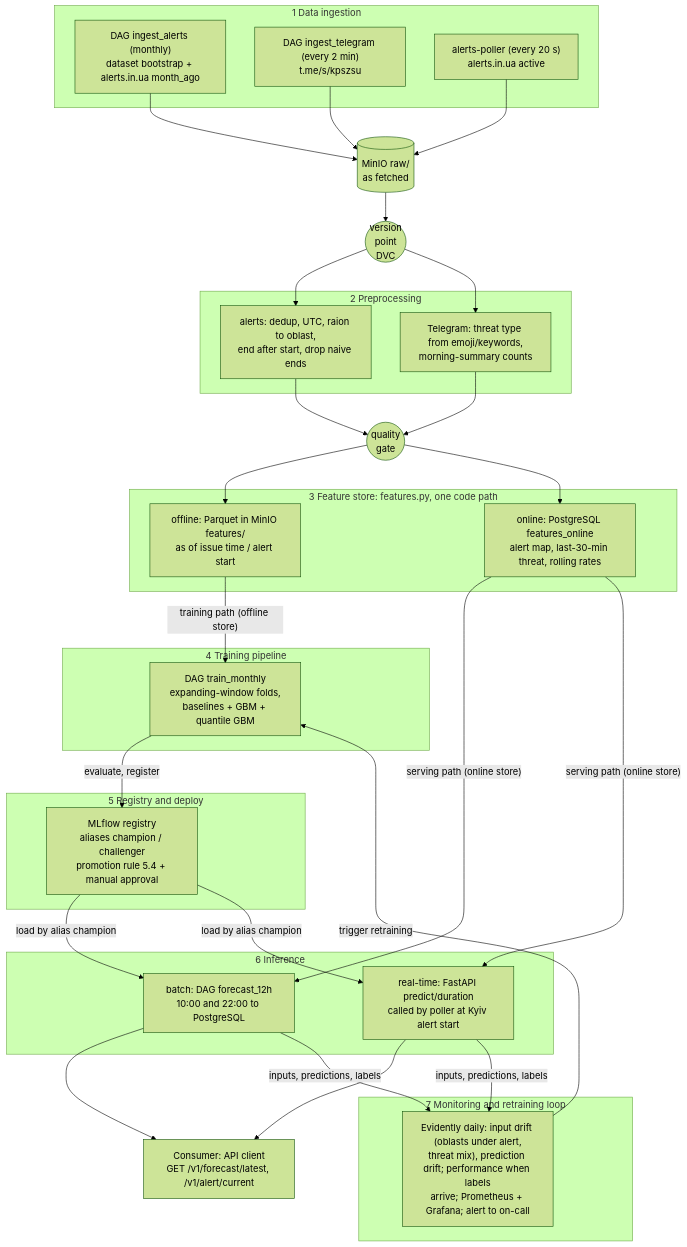
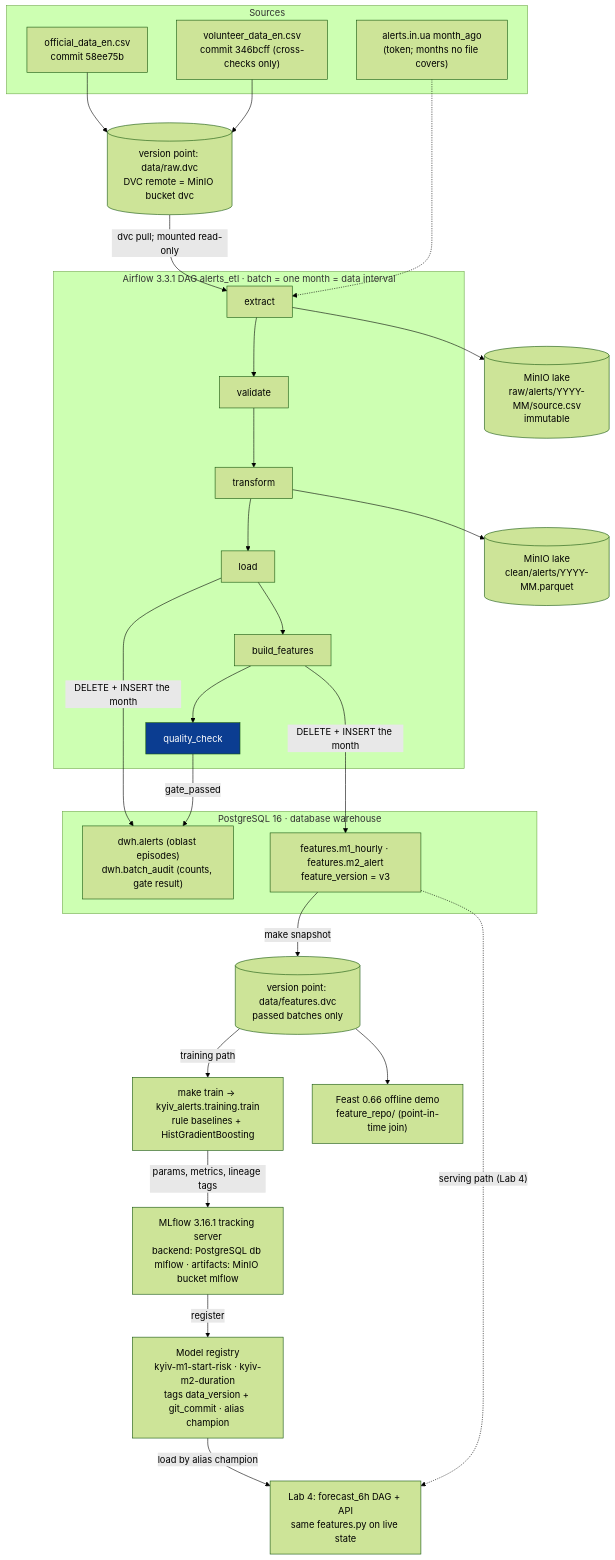
One commit to kvitoslava-yarish/mlops-2026 changed the second of 4 diagrams in docs/design.md. Above: the diagram before and after it, drawn with Mermaid (forest theme). The commit also changed other lines of this file and 60 other files, not shown here.

````diff
--- a/docs/design.md
+++ b/docs/design.md
@@ -245,54 +308,43 @@
 ```mermaid
 flowchart TB
-    subgraph L1["1 Data ingestion"]
-        i1["DAG ingest_alerts (monthly)<br/>dataset bootstrap + alerts.in.ua month_ago"]
-        i2["DAG ingest_telegram (every 2 min)<br/>t.me/s/kpszsu"]
-        i3["alerts-poller (every 20 s)<br/>alerts.in.ua active"]
+    subgraph SRC["Sources"]
+        off["official_data_en.csv<br/>commit 58ee75b"]
+        vol["volunteer_data_en.csv<br/>commit 346bcff (cross-checks only)"]
+        api["alerts.in.ua month_ago<br/>(token; months no file covers)"]
     end
-    raw[("MinIO raw/<br/>as fetched")]
-    vp(("version<br/>point<br/>DVC"))
-    subgraph L2["2 Preprocessing"]
-        p1["alerts: dedup, UTC, raion to oblast,<br/>end after start, drop naive ends"]
-        p2["Telegram: threat type from emoji/keywords,<br/>morning-summary counts"]
+    dvcraw[("version point: data/raw.dvc<br/>DVC remote = MinIO bucket dvc")]
+    subgraph DAG["Airflow 3.3.1 DAG alerts_etl · batch = one month = data interval"]
+        ex["extract"] --> va["validate"] --> tr["transform"] --> lo["load"] --> bf["build_features"] --> qc["quality_check"]
     end
-    qg(("quality<br/>gate"))
-    subgraph L3["3 Feature store: features.py, one code path"]
-        off["offline: Parquet in MinIO features/<br/>as of issue time / alert start"]
-        on["online: PostgreSQL features_online<br/>alert map, last-30-min threat, rolling rates"]
+    lakeraw[("MinIO lake<br/>raw/alerts/YYYY-MM/source.csv<br/>immutable")]
+    lakeclean[("MinIO lake<br/>clean/alerts/YYYY-MM.parquet")]
+    subgraph PG["PostgreSQL 16 · database warehouse"]
+        dwh["dwh.alerts (oblast episodes)<br/>dwh.batch_audit (counts, gate result)"]
+        feat["features.m1_hourly · features.m2_alert<br/>feature_version = v3"]
     end
-    subgraph L4["4 Training pipeline"]
-        t1["DAG train_monthly<br/>expanding-window folds,<br/>baselines + GBM + quantile GBM"]
-    end
-    subgraph L5["5 Registry and deploy"]
-        r1["MLflow registry<br/>aliases champion / challenger<br/>promotion rule 5.4 + manual approval"]
-    end
-    subgraph L6["6 Inference"]
-        b1["batch: DAG forecast_12h<br/>10:00 and 22:00 to PostgreSQL"]
-        rt["real-time: FastAPI predict/duration<br/>called by poller at Kyiv alert start"]
-    end
-    cons["Consumer: API client<br/>GET /v1/forecast/latest, /v1/alert/current"]
-    subgraph L7["7 Monitoring and retraining loop"]
-        m1["Evidently daily: input drift (oblasts under alert,<br/>threat mix), prediction drift; performance when labels<br/>arrive; Prometheus + Grafana; alert to on-call"]
-    end
+    snap[("version point: data/features.dvc<br/>passed batches only")]
+    train["make train → kyiv_alerts.training.train<br/>rule baselines + HistGradientBoosting"]
+    mlf["MLflow 3.16.1 tracking server<br/>backend: PostgreSQL db mlflow · artifacts: MinIO bucket mlflow"]
+    reg["Model registry<br/>kyiv-m1-start-risk · kyiv-m2-duration<br/>tags data_version + git_commit · alias champion"]
+    feast["Feast 0.66 offline demo<br/>feature_repo/ (point-in-time join)"]
+    serve["Lab 4: forecast_6h DAG + API<br/>same features.py on live state"]
 
-    i1 --> raw
-    i2 --> raw
-    i3 --> raw
-    raw --> vp --> p1
-    vp --> p2
-    p1 --> qg
-    p2 --> qg
-    qg --> off
-    qg --> on
-    off -- "training path (offline store)" --> t1
-    t1 -- "evaluate, register" --> r1
-    on -- "serving path (online store)" --> b1
-    on -- "serving path (online store)" --> rt
-    r1 -- "load by alias champion" --> b1
-    r1 -- "load by alias champion" --> rt
-    b1 --> cons
-    rt --> cons
-    b1 -- "inputs, predictions, labels" --> m1
-    rt -- "inputs, predictions, labels" --> m1
-    m1 -- "trigger retraining" --> t1
+    off --> dvcraw
+    vol --> dvcraw
+    dvcraw -- "dvc pull; mounted read-only" --> ex
+    api -.-> ex
+    ex --> lakeraw
+    tr --> lakeclean
+    lo -- "DELETE + INSERT the month" --> dwh
+    bf -- "DELETE + INSERT the month" --> feat
+    qc -- "gate_passed" --> dwh
+    feat -- "make snapshot" --> snap
+    snap -- "training path" --> train
+    snap --> feast
+    train -- "params, metrics, lineage tags" --> mlf
+    mlf -- "register" --> reg
+    reg -- "load by alias champion" --> serve
+    feat -. "serving path (Lab 4)" .-> serve
+
+    style qc fill:#0b3d91,color:#ffffff
 ```
````
